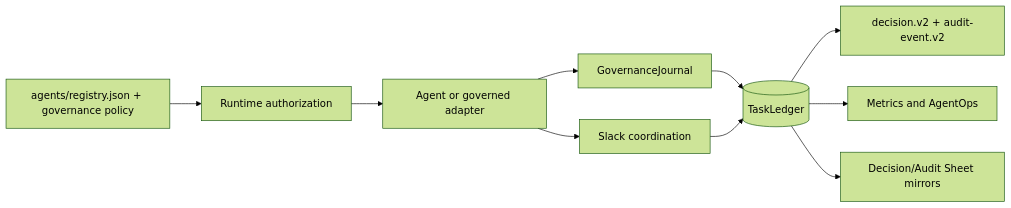
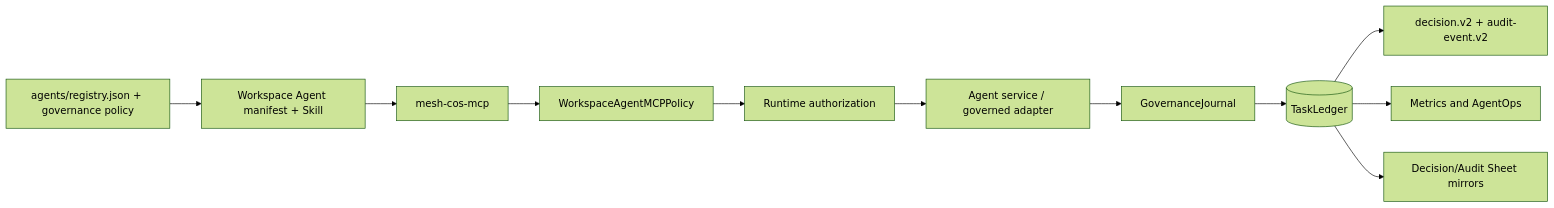
The diagram in AGENTS.md (mkleinbe/mesh-ai-agent-cos-universe), drawn with Mermaid (forest theme) before and after one commit. The commit also changed other lines of this file, not shown here.

Commit message:
docs: govern Workspace Agent projection

````diff
--- a/AGENTS.md
+++ b/AGENTS.md
@@ -45,12 +46,13 @@
 ```mermaid
 flowchart LR
-    R[agents/registry.json + governance policy] --> AUTH[Runtime authorization]
-    AUTH --> AG[Agent or governed adapter]
+    R[agents/registry.json + governance policy] --> WA[Workspace Agent manifest + Skill]
+    WA --> MCP[mesh-cos-mcp]
+    MCP --> MP[WorkspaceAgentMCPPolicy]
+    MP --> AUTH[Runtime authorization]
+    AUTH --> AG[Agent service / governed adapter]
     AG --> GOV[GovernanceJournal]
     GOV --> L[(TaskLedger)]
     L --> AUD[decision.v2 + audit-event.v2]
     L --> MET[Metrics and AgentOps]
     L --> SHEETS[Decision/Audit Sheet mirrors]
-    AG --> SL[Slack coordination]
-    SL --> L
 ```
````
